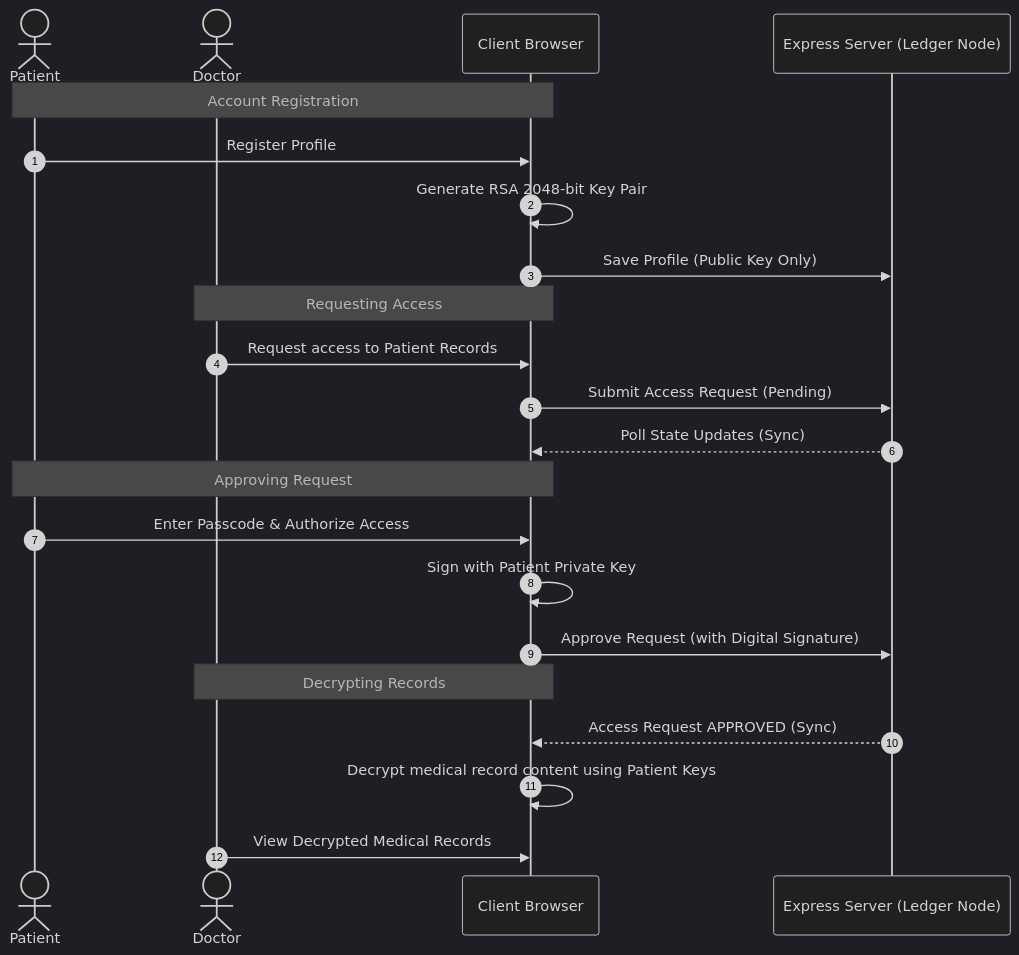
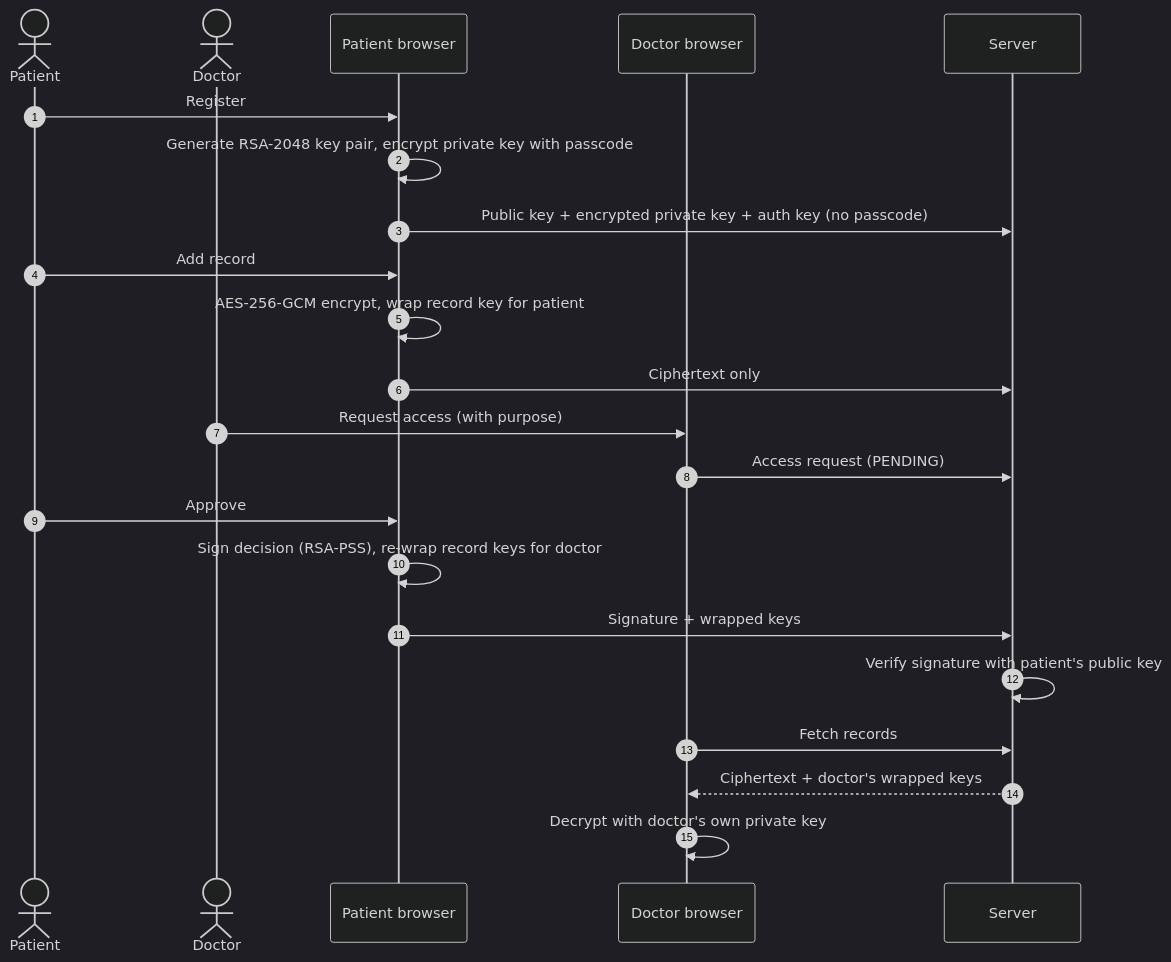
One commit to nithinrv07/MedSafe-Final- changed the diagram in README.md. Above: the diagram before and after it, drawn with Mermaid (dark theme). The commit also changed other lines of this file and 26 other files, not shown here.

````diff
--- a/README.md
+++ b/README.md
@@ -27,28 +36,25 @@
 ```mermaid
 sequenceDiagram
     autonumber
     actor Patient
     actor Doctor
-    participant Client as Client Browser
-    participant Server as Express Server (Ledger Node)
+    participant PB as Patient browser
+    participant DB as Doctor browser
+    participant S as Server
 
-    Note over Patient, Client: Account Registration
-    Patient->>Client: Register Profile
-    Client->>Client: Generate RSA 2048-bit Key Pair
-    Client->>Server: Save Profile (Public Key Only)
-
-    Note over Doctor, Client: Requesting Access
-    Doctor->>Client: Request access to Patient Records
-    Client->>Server: Submit Access Request (Pending)
-    Server-->>Client: Poll State Updates (Sync)
-    
-    Note over Patient, Client: Approving Request
-    Patient->>Client: Enter Passcode & Authorize Access
-    Client->>Client: Sign with Patient Private Key
-    Client->>Server: Approve Request (with Digital Signature)
-
-    Note over Doctor, Client: Decrypting Records
-    Server-->>Client: Access Request APPROVED (Sync)
-    Client->>Client: Decrypt medical record content using Patient Keys
-    Doctor->>Client: View Decrypted Medical Records
+    Patient->>PB: Register
+    PB->>PB: Generate RSA-2048 key pair, encrypt private key with passcode
+    PB->>S: Public key + encrypted private key + auth key (no passcode)
+    Patient->>PB: Add record
+    PB->>PB: AES-256-GCM encrypt, wrap record key for patient
+    PB->>S: Ciphertext only
+    Doctor->>DB: Request access (with purpose)
+    DB->>S: Access request (PENDING)
+    Patient->>PB: Approve
+    PB->>PB: Sign decision (RSA-PSS), re-wrap record keys for doctor
+    PB->>S: Signature + wrapped keys
+    S->>S: Verify signature with patient's public key
+    DB->>S: Fetch records
+    S-->>DB: Ciphertext + doctor's wrapped keys
+    DB->>DB: Decrypt with doctor's own private key
 ```
````
